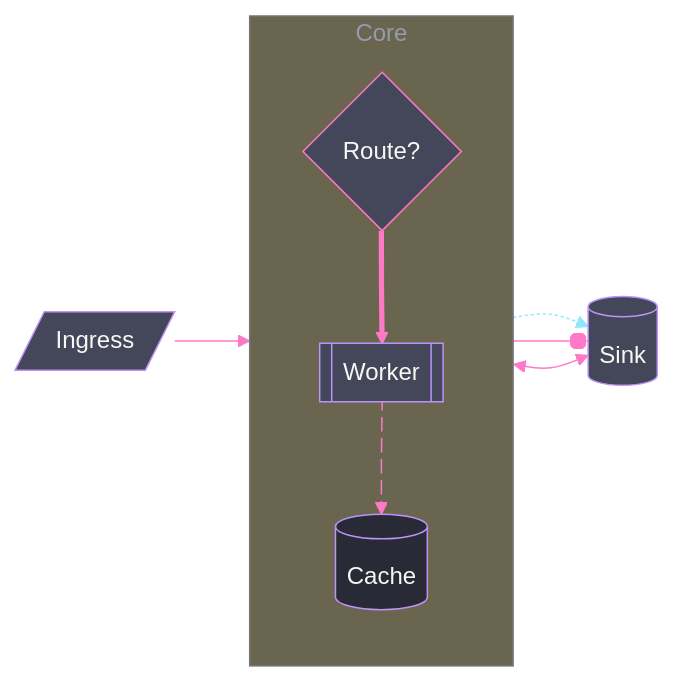
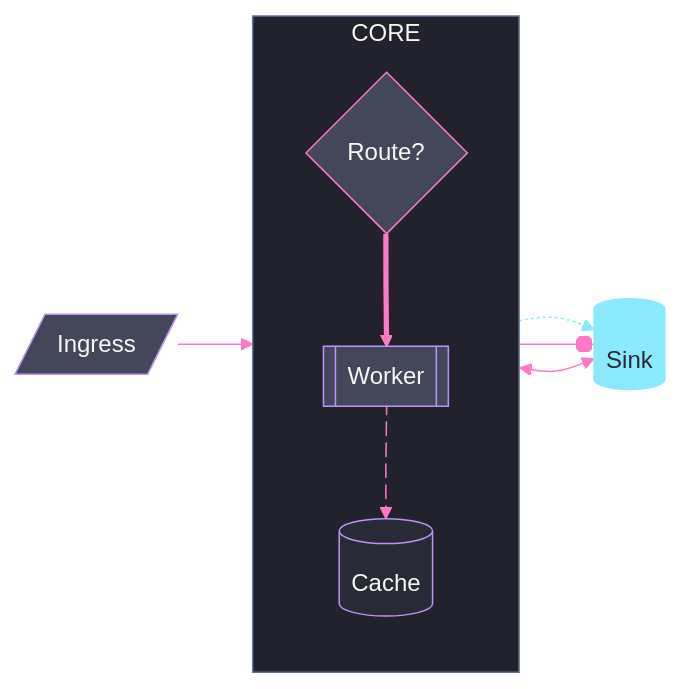
One commit to bsamiee/Rasm changed the diagram in .claude/skills/mermaid-diagramming/references/styling.md. Above: the diagram before and after it, drawn with Mermaid. The commit also changed other lines of this file and 51 other files, not shown here.

````diff
--- a/.claude/skills/mermaid-diagramming/references/styling.md
+++ b/.claude/skills/mermaid-diagramming/references/styling.md
@@ -228,34 +228,47 @@
 ```mermaid
 ---
 config:
   theme: base
+  flowchart:
+    padding: 16
+  themeCSS: ".nodeLabel{font-size:14px;font-weight:500}.edgeLabel{font-size:12.5px;font-weight:500}.cluster-label .nodeLabel{font-size:13px;font-weight:600}.cluster rect{stroke-width:1.5px}.edgePaths path{stroke-width:1.5px}"
   themeVariables:
     darkMode: true
     primaryColor: "#44475A"
     primaryBorderColor: "#BD93F9"
     primaryTextColor: "#F8F8F2"
     lineColor: "#FF79C6"
+    textColor: "#F8F8F2"
+    clusterBkg: "#21222C"
+    clusterBorder: "#6272A4"
+    edgeLabelBackground: "#44475A"
+    titleColor: "#F8F8F2"
+    fontFamily: "SF Mono, Menlo, Cascadia Mono, Segoe UI Mono, Consolas, monospace"
 ---
 flowchart LR
+  accTitle: Style precedence demo
+  accDescr: One flowchart spending theme variables, classes, inline style, linkStyle, and edge metadata so later and more specific declarations win.
   Ingress@{ shape: lean-r, label: "Ingress" }
   Router{Route?}
   Cache[(Cache)]
   Worker[[Worker]]
   Sink@{ shape: cyl, label: "Sink" }
-  subgraph Core [Core]
+  subgraph Core [CORE]
     direction TB
     Router ==> Worker
     Worker e1@--> Cache
   end
   Ingress --> Router
   Router -.-> Sink
   Worker --o Sink
   Cache <--> Sink
   e1@{ curve: linear, animate: true }
-  classDef hot fill:#44475A,stroke:#FF79C6,color:#F8F8F2
-  classDef store fill:#FFB86C,stroke:#FFB86C,color:#282A36
-  class Router hot
-  class Cache store
+  classDef primary fill:#44475A,stroke:#FF79C6,color:#F8F8F2
+  classDef data fill:#FFB86C,stroke:#FFB86C,color:#282A36
+  classDef external fill:#8BE9FD,stroke:#8BE9FD,color:#282A36
+  class Router primary
+  class Cache data
+  class Sink external
   style Cache fill:#282A36,stroke:#BD93F9,color:#F8F8F2
   linkStyle 3 stroke:#8BE9FD,color:#F8F8F2
 ```
````
